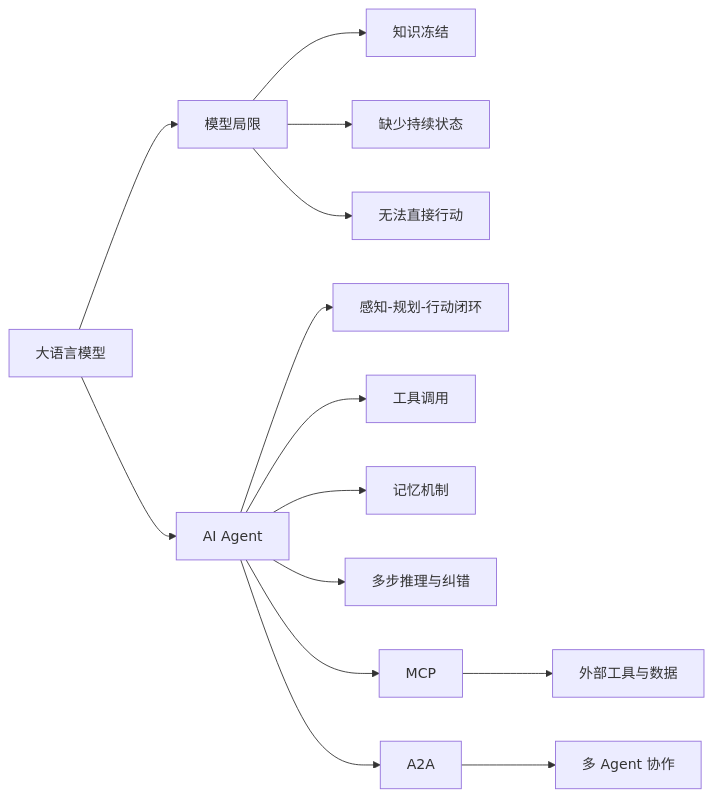
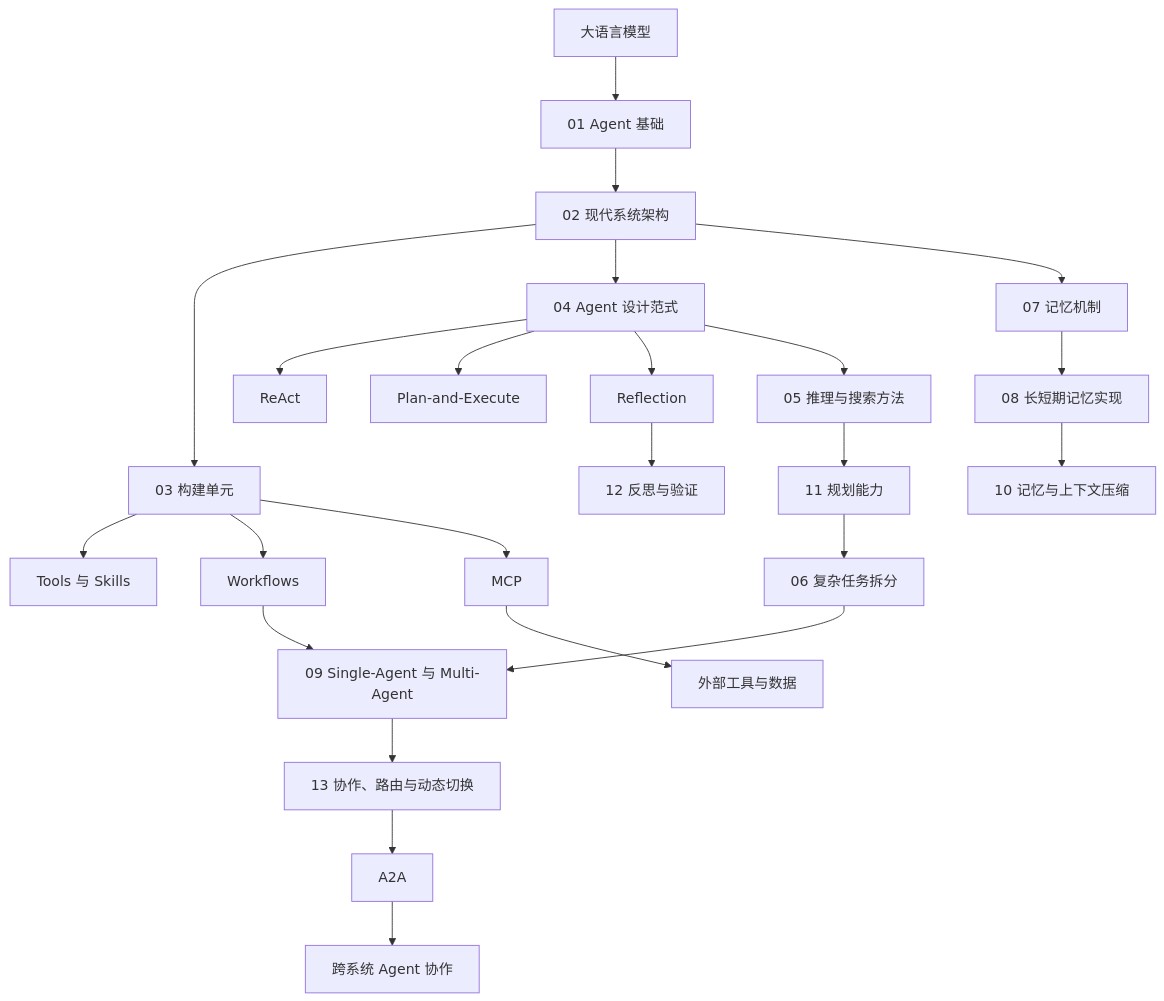
Before and after one commit to oneleaveknowsthefall/awesome-ai-roadmap: the diagram in README.md, drawn with Mermaid. The commit also changed other lines of this file and 5 other files, not shown here.

Commit message:
docs: add multi-agent coordination chapter

````diff
--- a/README.md
+++ b/README.md
@@ -22,18 +23,32 @@
 ```mermaid
-flowchart LR
-    LLM[大语言模型] --> LIMIT[模型局限]
-    LIMIT --> FREEZE[知识冻结]
-    LIMIT --> STATE[缺少持续状态]
-    LIMIT --> ACTION[无法直接行动]
+flowchart TB
+    LLM[大语言模型] --> FOUNDATION[01 Agent 基础]
+    FOUNDATION --> ARCH[02 现代系统架构]
 
-    LLM --> AGENT[AI Agent]
-    AGENT --> LOOP[感知-规划-行动闭环]
-    AGENT --> TOOL[工具调用]
-    AGENT --> MEMORY[记忆机制]
-    AGENT --> REASON[多步推理与纠错]
+    ARCH --> BUILD[03 构建单元]
+    BUILD --> TOOLS[Tools 与 Skills]
+    BUILD --> WORKFLOW[Workflows]
+    BUILD --> MCP[MCP]
 
-    AGENT --> MCP[MCP]
-    AGENT --> A2A[A2A]
-    MCP --> EXT[外部工具与数据]
-    A2A --> MULTI[多 Agent 协作]
+    ARCH --> PATTERN[04 Agent 设计范式]
+    PATTERN --> REACT[ReAct]
+    PATTERN --> PLANEXEC[Plan-and-Execute]
+    PATTERN --> REFLECT[Reflection]
+
+    PATTERN --> REASON[05 推理与搜索方法]
+    REASON --> PLAN[11 规划能力]
+    PLAN --> DECOMP[06 复杂任务拆分]
+    REFLECT --> REFMECH[12 反思与验证]
+
+    ARCH --> MEMORY[07 记忆机制]
+    MEMORY --> MEMIMPL[08 长短期记忆实现]
+    MEMIMPL --> COMPRESS[10 记忆与上下文压缩]
+
+    DECOMP --> MULTI[09 Single-Agent 与 Multi-Agent]
+    MULTI --> COORD[13 协作、路由与动态切换]
+    COORD --> A2A[A2A]
+
+    MCP --> EXTERNAL[外部工具与数据]
+    A2A --> REMOTE[跨系统 Agent 协作]
+    WORKFLOW --> MULTI
 ```
````
